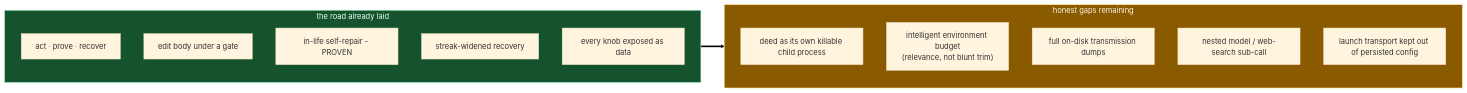
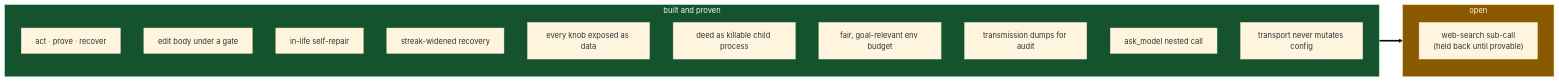
Before and after one commit to wgabrys88/endgame-ai: diagram 16 of 17 in README.md, drawn with Mermaid (base theme). The commit also changed other lines of this file, not shown here.

First line of the commit message:
docs(readme): mark all five standing items done and proven

````diff
--- a/README.md
+++ b/README.md
@@ -531,20 +536,21 @@
 ```mermaid
 flowchart LR
-    subgraph DONE["the road already laid"]
+    subgraph DONE["built and proven"]
         D1["act · prove · recover"]
         D2["edit body under a gate"]
-        D3["in-life self-repair - PROVEN"]
+        D3["in-life self-repair"]
         D4["streak-widened recovery"]
         D5["every knob exposed as data"]
+        D6["deed as killable child process"]
+        D7["fair, goal-relevant env budget"]
+        D8["transmission dumps for audit"]
+        D9["ask_model nested call"]
+        D10["transport never mutates config"]
     end
-    subgraph GAP["honest gaps remaining"]
-        G1["deed as its own killable child process"]
-        G2["intelligent environment budget<br/>(relevance, not blunt trim)"]
-        G3["full on-disk transmission dumps"]
-        G4["nested model / web-search sub-call"]
-        G5["launch transport kept out of persisted config"]
+    subgraph GAP["open"]
+        G1["web-search sub-call<br/>(held back until provable)"]
     end
     DONE ==> GAP
     style DONE fill:#14532d,stroke:#7be0a6,color:#eafff2
     style GAP fill:#8a5a00,stroke:#ffd479,color:#fff6e0
 ```
````
